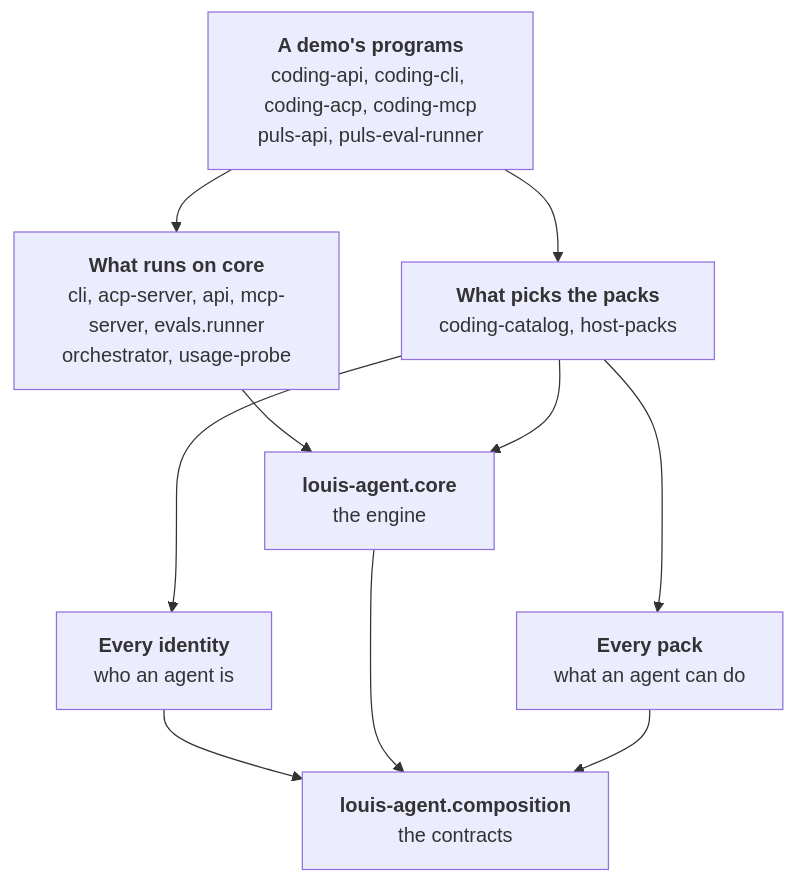
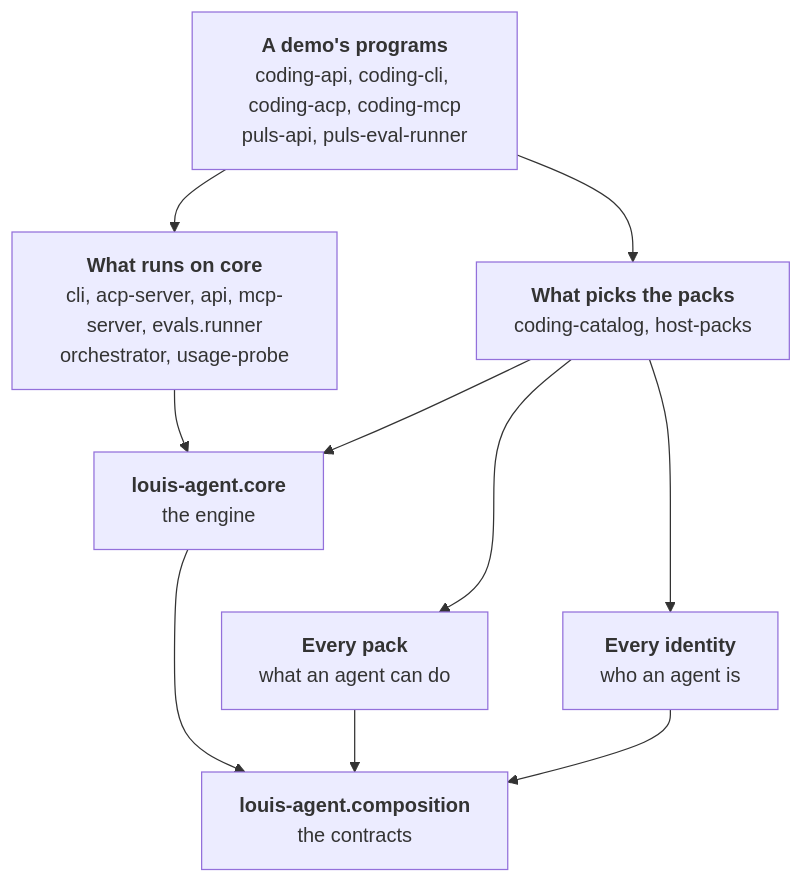
Before and after one commit to bosbevk/louis-agent: the first of 2 diagrams in src/docs/projects/README.md, drawn with Mermaid. The commit also changed other lines of this file, not shown here.

First line of the commit message:
docs(project-diagrams): identities sit beside the packs, so no lines cross

````diff
--- a/src/docs/projects/README.md
+++ b/src/docs/projects/README.md
@@ -47,22 +47,22 @@
 ```mermaid
 flowchart TD
     Programs["<b>A demo's programs</b><br/>coding-api, coding-cli, coding-acp, coding-mcp<br/>puls-api, puls-eval-runner"]
     Hosts["<b>What runs on core</b><br/>cli, acp-server, api, mcp-server, evals.runner<br/>orchestrator, usage-probe"]
     Catalogs["<b>What picks the packs</b><br/>coding-catalog, host-packs"]
     Core["<b>louis-agent.core</b><br/>the engine"]
     Ids["<b>Every identity</b><br/>who an agent is"]
     Packs["<b>Every pack</b><br/>what an agent can do"]
     Comp["<b>louis-agent.composition</b><br/>the contracts"]
 
     Programs --> Hosts
     Programs --> Catalogs
     Hosts --> Core
     Catalogs --> Core
+    Core ~~~ Packs
     Core ~~~ Ids
-    Core ~~~ Packs
+    Catalogs --> Packs
     Catalogs --> Ids
-    Catalogs --> Packs
-    Ids --> Comp
     Core --> Comp
     Packs --> Comp
+    Ids --> Comp
 ```
````
